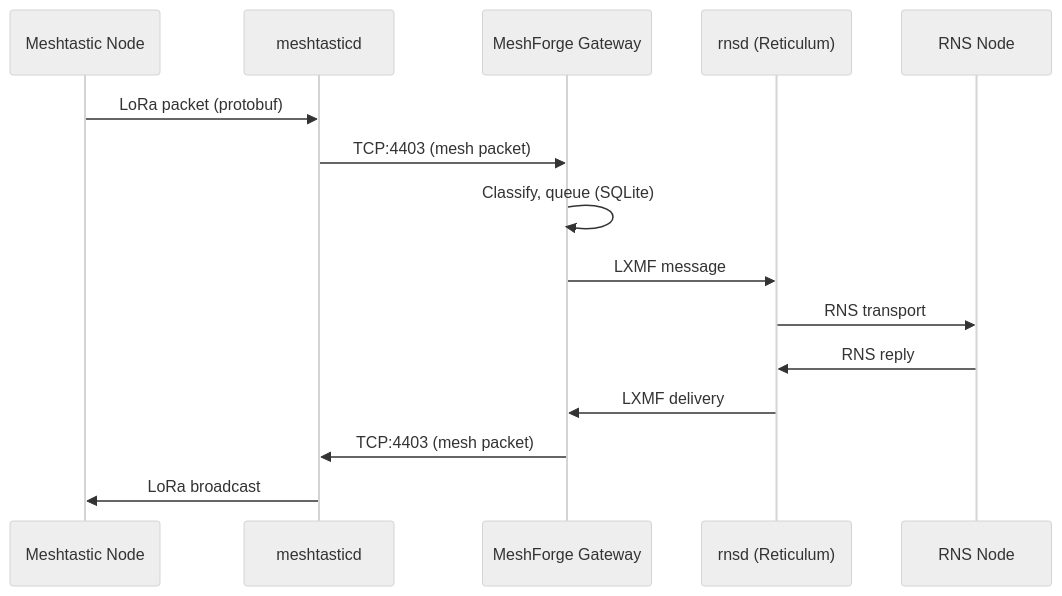
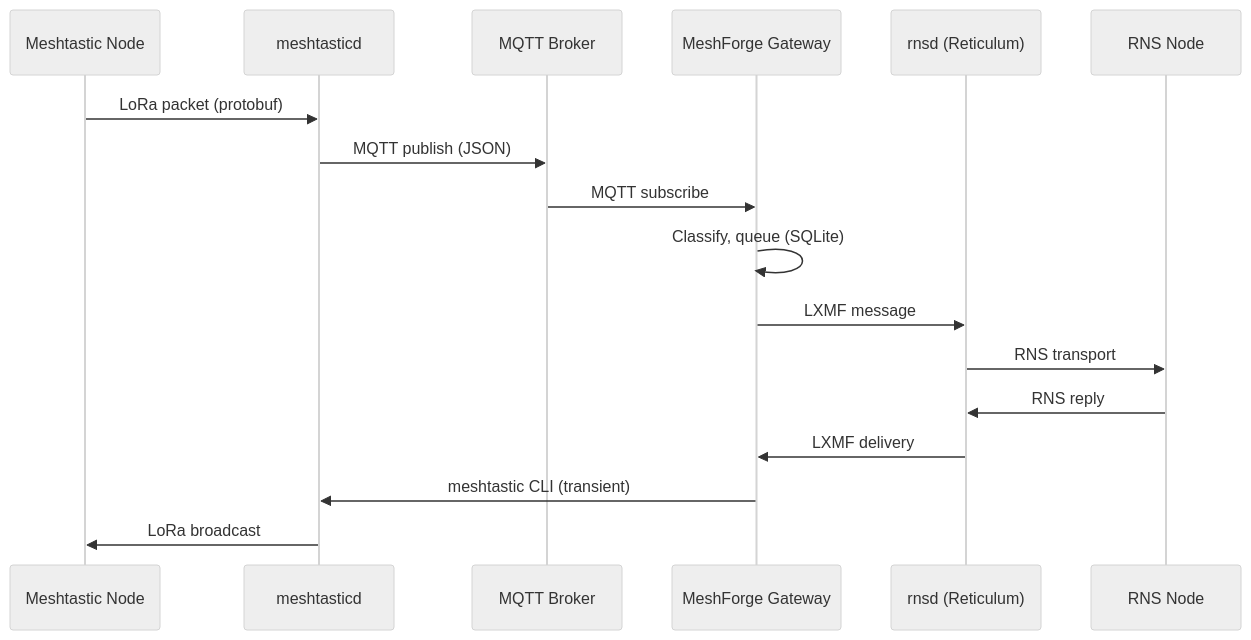
Before and after one commit to Nursedude/meshanchor: the second of 2 diagrams in README.md, drawn with Mermaid (neutral theme). The commit also changed other lines of this file and 1 other file, not shown here.

First line of the commit message:
docs: Bump to v0.5.4-beta, update README for MQTT bridge architecture

````diff
--- a/README.md
+++ b/README.md
@@ -402,19 +404,21 @@
 ```mermaid
 sequenceDiagram
     participant M as Meshtastic Node
     participant D as meshtasticd
+    participant B as MQTT Broker
     participant G as MeshForge Gateway
     participant R as rnsd (Reticulum)
     participant N as RNS Node
 
     M->>D: LoRa packet (protobuf)
-    D->>G: TCP:4403 (mesh packet)
+    D->>B: MQTT publish (JSON)
+    B->>G: MQTT subscribe
     G->>G: Classify, queue (SQLite)
     G->>R: LXMF message
     R->>N: RNS transport
 
     N->>R: RNS reply
     R->>G: LXMF delivery
-    G->>D: TCP:4403 (mesh packet)
+    G->>D: meshtastic CLI (transient)
     D->>M: LoRa broadcast
 ```
````
